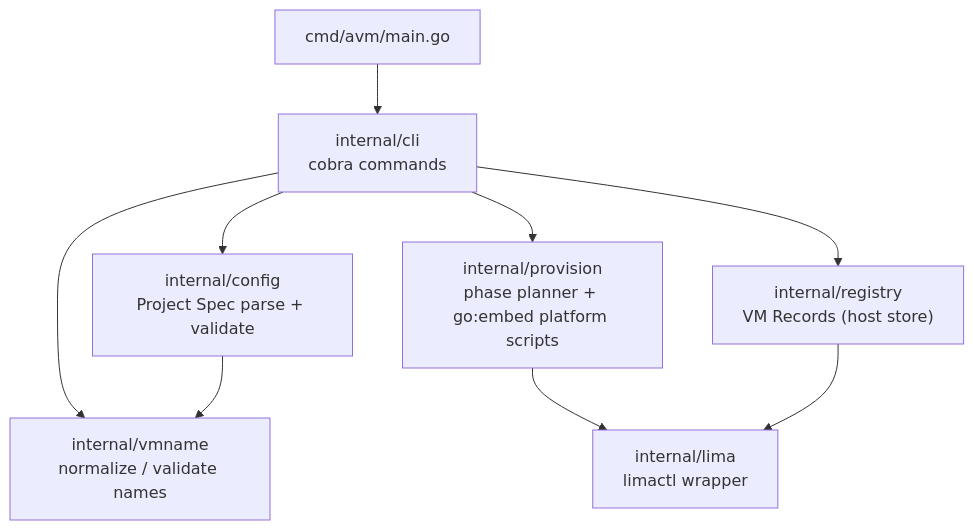
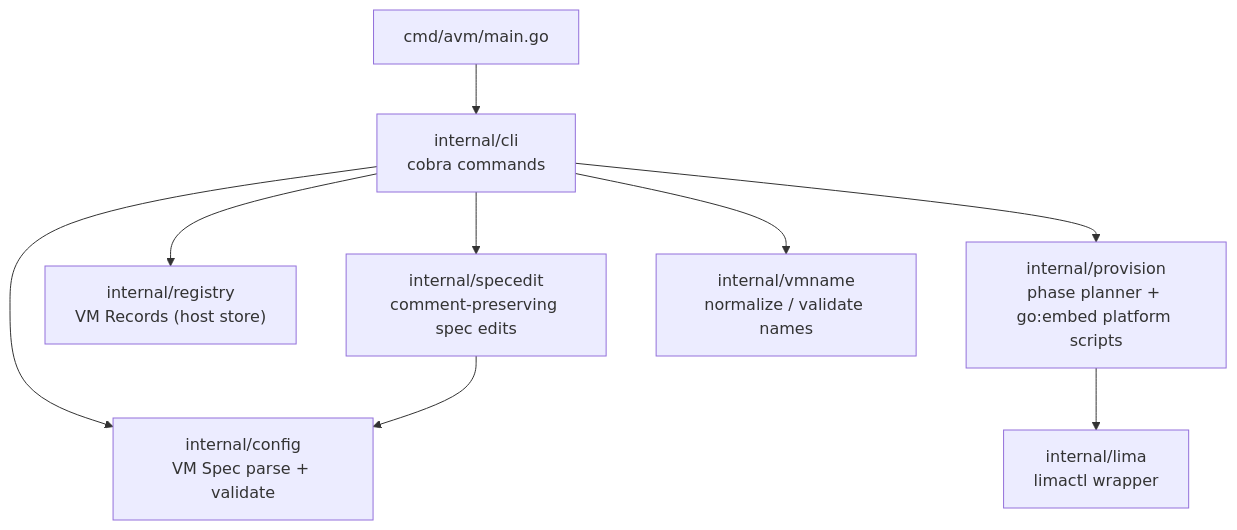
Before and after one commit to MikD1/agent-vm: the second of 5 diagrams in docs/architecture.md, drawn with Mermaid. The commit also changed other lines of this file and 43 other files, not shown here.

First line of the commit message:
feat(cli,config,registry,provision)!: one VM per domain of work

````diff
--- a/docs/architecture.md
+++ b/docs/architecture.md
@@ -78,19 +80,20 @@
 ```mermaid
 graph TD
     main["cmd/avm/main.go"]
     cli["internal/cli<br/>cobra commands"]
-    config["internal/config<br/>Project Spec parse + validate"]
+    config["internal/config<br/>VM Spec parse + validate"]
+    specedit["internal/specedit<br/>comment-preserving spec edits"]
     registry["internal/registry<br/>VM Records (host store)"]
     lima["internal/lima<br/>limactl wrapper"]
     provision["internal/provision<br/>phase planner + go:embed platform scripts"]
     vmname["internal/vmname<br/>normalize / validate names"]
 
     main --> cli
     cli --> config
+    cli --> specedit
     cli --> registry
     cli --> provision
     cli --> vmname
+    specedit --> config
     provision --> lima
-    registry --> lima
-    config --> vmname
 ```
````
